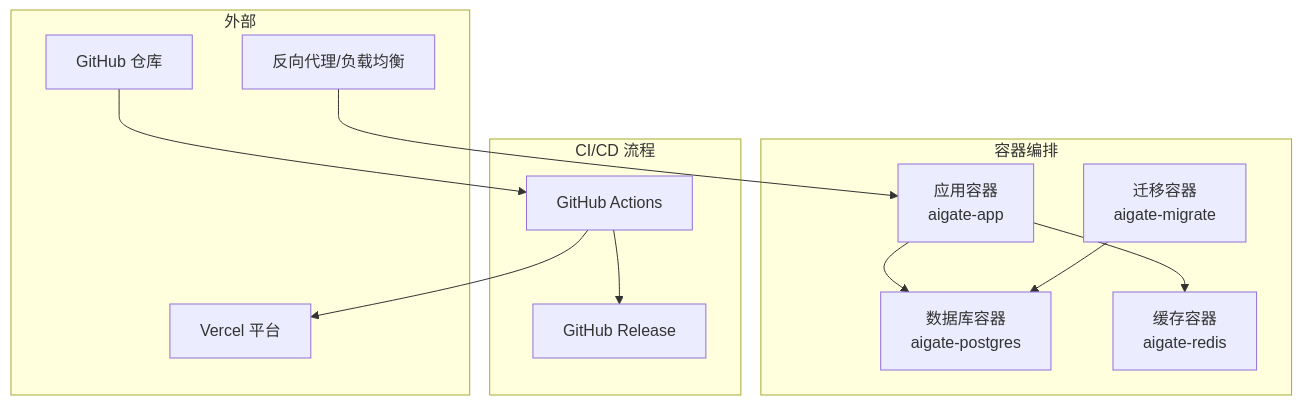
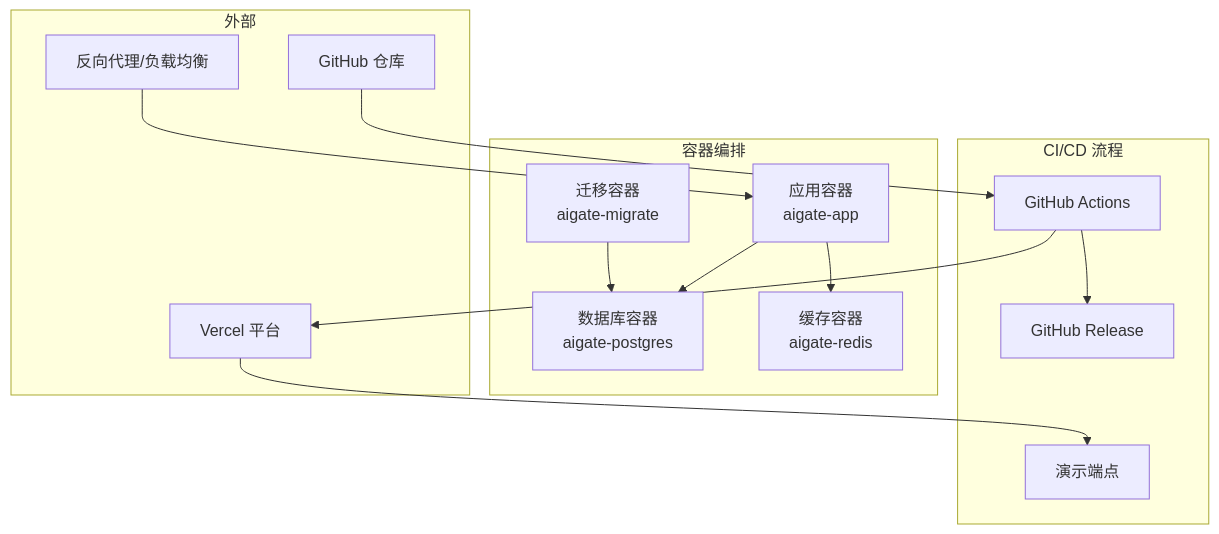
The second of 12 diagrams in .qoder/repowiki/zh/content/配置与部署/配置与部署.md (RadiumAg/AIGate), drawn with Mermaid before and after one commit. The commit also changed other lines of this file and 9 other files, not shown here.

````diff
--- a/.qoder/repowiki/zh/content/配置与部署/配置与部署.md
+++ b/.qoder/repowiki/zh/content/配置与部署/配置与部署.md
@@ -133,25 +134,27 @@
 ```mermaid
 graph TB
 subgraph "外部"
 LB["反向代理/负载均衡"]
 VERCEL["Vercel 平台"]
 GITHUB["GitHub 仓库"]
 end
 subgraph "容器编排"
 APP["应用容器<br/>aigate-app"]
 MIG["迁移容器<br/>aigate-migrate"]
 PG["数据库容器<br/>aigate-postgres"]
 RD["缓存容器<br/>aigate-redis"]
 end
 subgraph "CI/CD 流程"
 GHA["GitHub Actions"]
 RELEASE["GitHub Release"]
+ENDPOINT["演示端点"]
 end
 GITHUB --> GHA
 GHA --> VERCEL
 LB --> APP
 APP --> PG
 APP --> RD
 MIG --> PG
 GHA --> RELEASE
+VERCEL --> ENDPOINT
 ```
````
